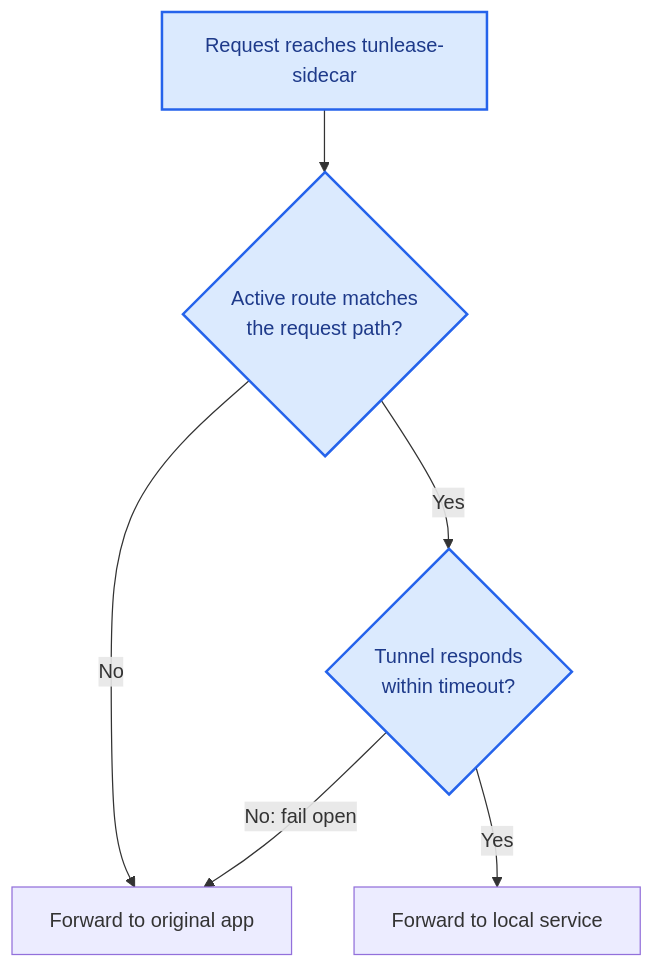
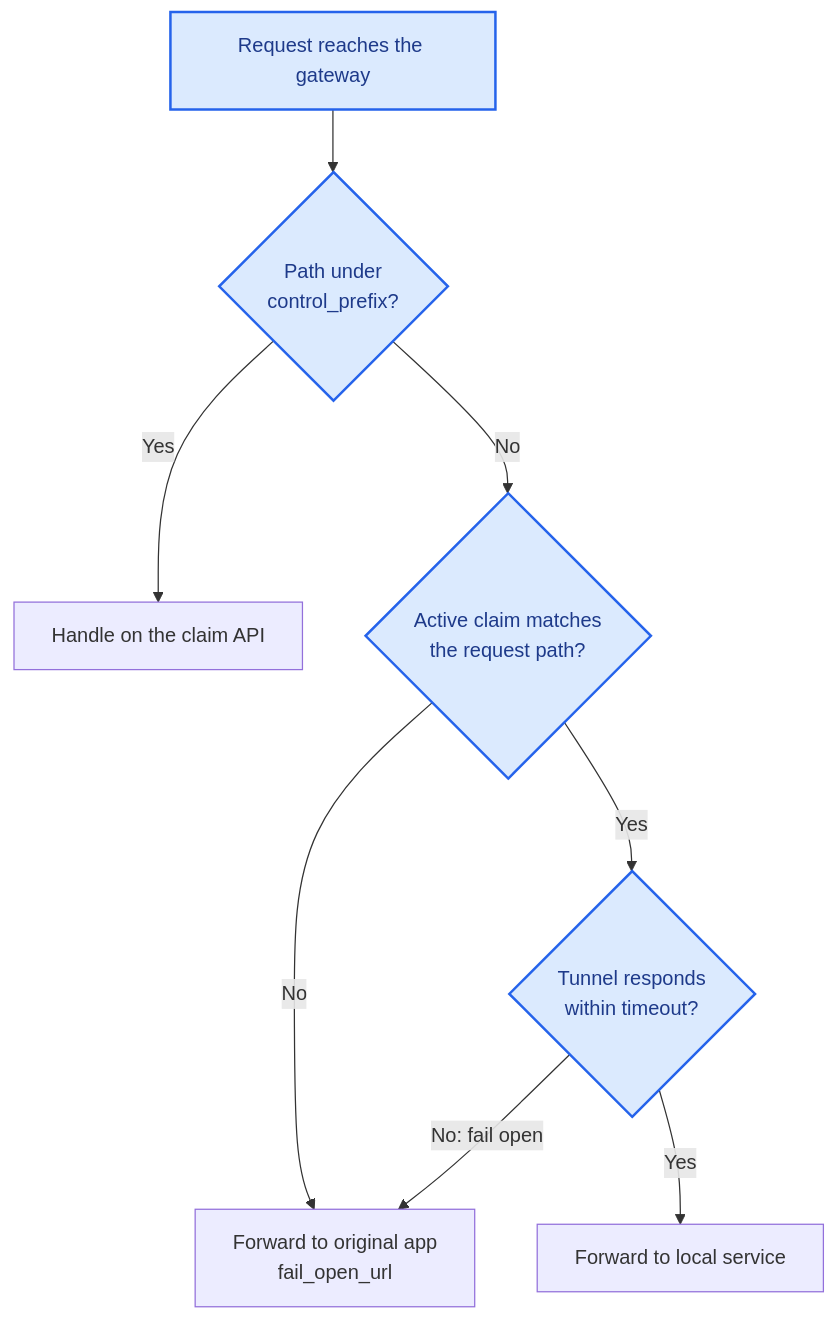
Before and after one commit to iml885203/tunlease: the second of 3 diagrams in docs/architecture.md, drawn with Mermaid. The commit also changed other lines of this file and 31 other files, not shown here.

````diff
--- a/docs/architecture.md
+++ b/docs/architecture.md
@@ -49,17 +47,21 @@
 ```mermaid
 flowchart TD
-    Request[Request reaches tunlease-sidecar]
-    Match{Active route matches<br/>the request path?}
+    Request[Request reaches the gateway]
+    Control{Path under<br/>control_prefix?}
+    API[Handle on the claim API]
+    Match{Active claim matches<br/>the request path?}
     Tunnel{Tunnel responds<br/>within timeout?}
     Local[Forward to local service]
-    App[Forward to original app]
+    App[Forward to original app<br/>fail_open_url]
 
-    Request --> Match
+    Request --> Control
+    Control -->|Yes| API
+    Control -->|No| Match
     Match -->|No| App
     Match -->|Yes| Tunnel
     Tunnel -->|Yes| Local
     Tunnel -->|No: fail open| App
 
     classDef tunlease fill:#dbeafe,stroke:#2563eb,color:#1e3a8a,stroke-width:2px;
-    class Request,Match,Tunnel tunlease;
+    class Request,Control,Match,Tunnel tunlease;
 ```
````
